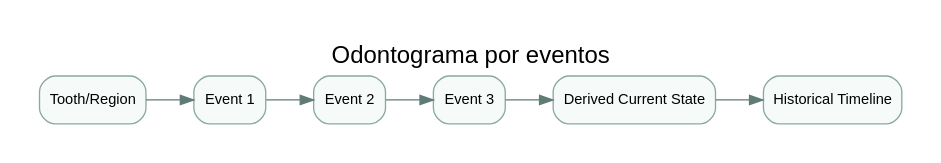
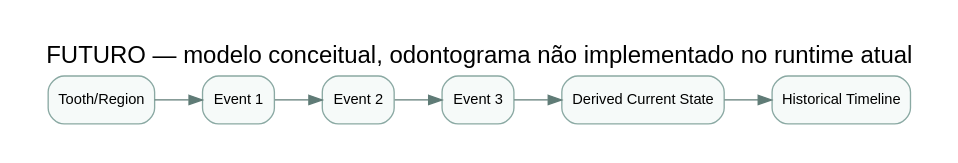
One commit to CristianoRFB/Dentista changed the diagram in docs/versions/v01-multitenant-whitelabel/diagrams/source/11-odontogram.dot. Above: the diagram before and after it, drawn with Graphviz. The commit also changed 35 other files, not shown here.

```diff
--- a/docs/versions/v01-multitenant-whitelabel/diagrams/source/11-odontogram.dot
+++ b/docs/versions/v01-multitenant-whitelabel/diagrams/source/11-odontogram.dot
@@ -1,17 +1,17 @@
 digraph G {
   rankdir=LR;
-  graph [bgcolor="white", pad="0.3", label="Odontograma por eventos", labelloc=t, fontsize=18, fontname="Arial"];
+  graph [bgcolor="white", pad="0.3", label="FUTURO — modelo conceitual, odontograma não implementado no runtime atual", labelloc=t, fontsize=18, fontname="Arial"];
   node [shape=box, style="rounded,filled", fillcolor="#f6faf9", color="#8aa9a3", fontname="Arial", fontsize=11];
   edge [color="#5f7b76", fontname="Arial", fontsize=9];
   "N1" [label="Tooth/Region"];
   "N2" [label="Event 1"];
   "N3" [label="Event 2"];
   "N4" [label="Event 3"];
   "N5" [label="Derived Current State"];
   "N6" [label="Historical Timeline"];
   "N1" -> "N2";
   "N2" -> "N3";
   "N3" -> "N4";
   "N4" -> "N5";
   "N5" -> "N6";
 }
```
